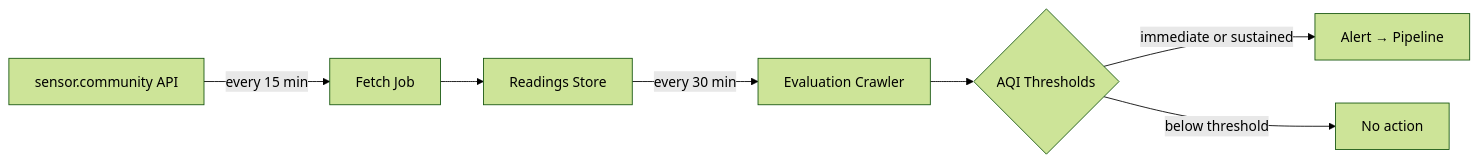
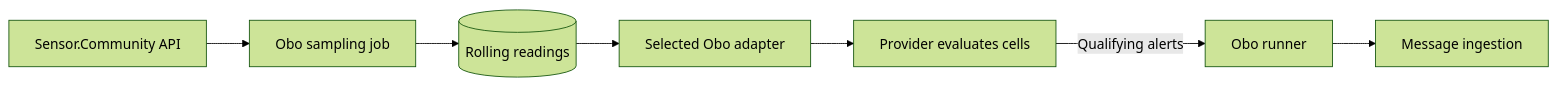
One commit to oboapp/oboapp changed the diagram in docs/features/air-quality-monitoring.md. Above: the diagram before and after it, drawn with Mermaid (forest theme). The commit also changed other lines of this file and 7 other files, not shown here.

````diff
--- a/docs/features/air-quality-monitoring.md
+++ b/docs/features/air-quality-monitoring.md
@@ -14,9 +11,9 @@
 ```mermaid
 flowchart LR
-    A[sensor.community API] -->|every 15 min| B[Fetch Job]
-    B --> C[Readings Store]
-    C -->|every 30 min| D[Evaluation Crawler]
-    D --> E{AQI Thresholds}
-    E -->|immediate or sustained| F[Alert → Pipeline]
-    E -->|below threshold| G[No action]
+    api[Sensor.Community API] --> sample[Obo sampling job]
+    sample --> store[(Rolling readings)]
+    store --> adapter[Selected Obo adapter]
+    adapter --> provider[Provider evaluates cells]
+    provider -->|Qualifying alerts| runner[Obo runner]
+    runner --> ingest[Message ingestion]
 ```
````
